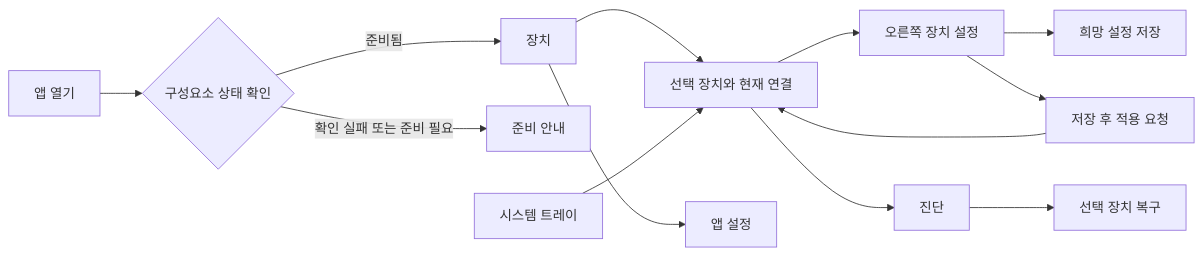
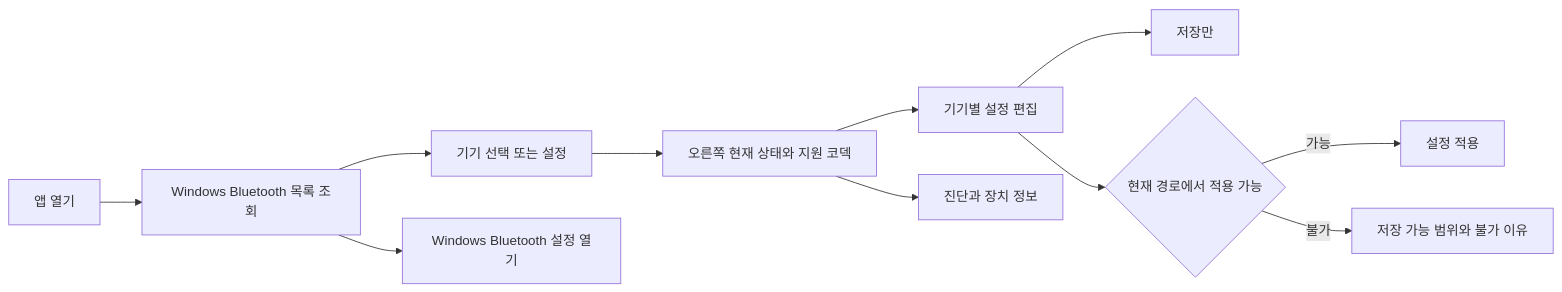
One commit to dydtjr1128/A2DP-for-Windows changed the diagram in docs/ui-design.md. Above: the diagram before and after it, drawn with Mermaid. The commit also changed other lines of this file and 15 other files, not shown here.

````diff
--- a/docs/ui-design.md
+++ b/docs/ui-design.md
@@ -25,15 +22,13 @@
 ```mermaid
 flowchart LR
-    Launch[앱 열기] --> Ready{구성요소 상태 확인}
-    Ready -->|준비됨| Devices[장치]
-    Ready -->|확인 실패 또는 준비 필요| Setup[준비 안내]
-    Devices --> Detail[선택 장치와 현재 연결]
-    Detail --> Policy[오른쪽 장치 설정]
-    Policy --> Save[희망 설정 저장]
-    Policy --> Apply[저장 후 적용 요청]
-    Apply --> Detail
-    Detail --> Diagnostics[진단]
-    Diagnostics --> Recovery[선택 장치 복구]
-    Devices --> Settings[앱 설정]
-    Tray[시스템 트레이] --> Detail
+    Launch[앱 열기] --> Inventory[Windows Bluetooth 목록 조회]
+    Inventory --> Select[기기 선택 또는 설정]
+    Select --> State[오른쪽 현재 상태와 지원 코덱]
+    State --> Settings[기기별 설정 편집]
+    Settings --> Save[저장만]
+    Settings --> Apply{현재 경로에서 적용 가능}
+    Apply -->|가능| Reconfigure[설정 적용]
+    Apply -->|불가| Explain[저장 가능 범위와 불가 이유]
+    State --> Diagnose[진단과 장치 정보]
+    Inventory --> OS[Windows Bluetooth 설정 열기]
 ```
````
